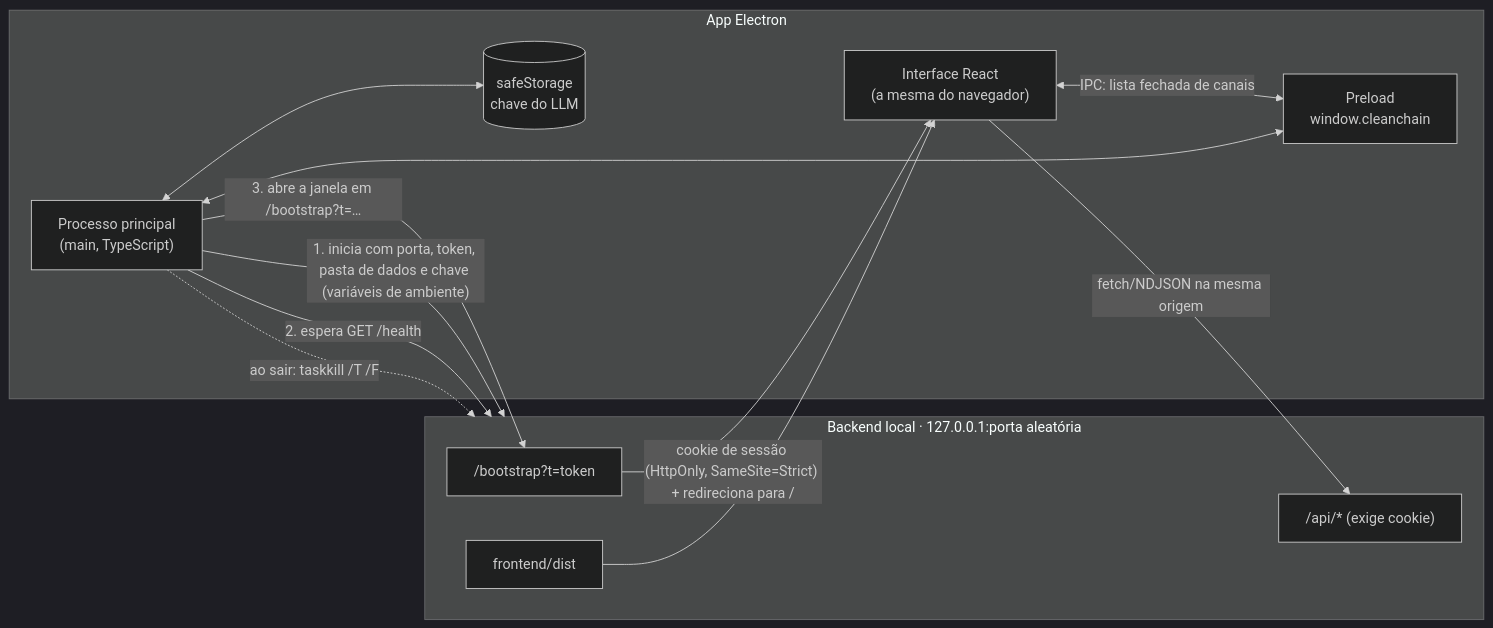
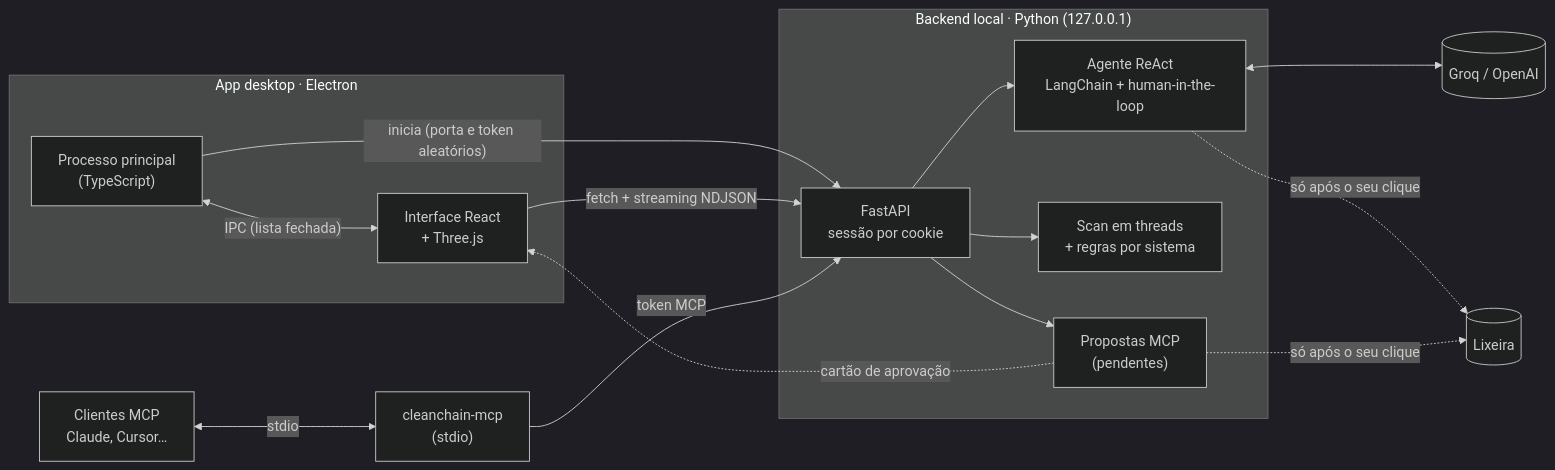
One commit to GuiMRDS/CleanChain changed the second of 2 diagrams in README.md. Above: the diagram before and after it, drawn with Mermaid (dark theme). The commit also changed other lines of this file and 2 other files, not shown here.

````diff
--- a/README.md
+++ b/README.md
@@ -298,24 +304,27 @@
 ```mermaid
 flowchart LR
-    subgraph Electron["App Electron"]
-        MAIN["Processo principal<br/>(main, TypeScript)"]
-        PRE["Preload<br/>window.cleanchain"]
-        UI2["Interface React<br/>(a mesma do navegador)"]
-        SAFE[("safeStorage<br/>chave do LLM")]
+    subgraph App["App desktop · Electron"]
+        MAIN["Processo principal<br/>(TypeScript)"]
+        UI["Interface React<br/>+ Three.js"]
+        MAIN <-- "IPC (lista fechada)" --> UI
     end
-    subgraph Local["Backend local · 127.0.0.1:porta aleatória"]
-        BOOT["/bootstrap?t=token"]
-        API2["/api/* (exige cookie)"]
-        DIST["frontend/dist"]
+    subgraph Local["Backend local · Python (127.0.0.1)"]
+        API["FastAPI<br/>sessão por cookie"]
+        AG["Agente ReAct<br/>LangChain + human-in-the-loop"]
+        SCAN["Scan em threads<br/>+ regras por sistema"]
+        PROP["Propostas MCP<br/>(pendentes)"]
     end
+    LLM[("Groq / OpenAI")]
+    CLI["Clientes MCP<br/>Claude, Cursor…"]
+    MCP["cleanchain-mcp<br/>(stdio)"]
+    LIX[("Lixeira")]
 
-    MAIN -- "1. inicia com porta, token, pasta de dados e chave (variáveis de ambiente)" --> Local
-    MAIN -- "2. espera GET /health" --> Local
-    MAIN -- "3. abre a janela em /bootstrap?t=…" --> BOOT
-    BOOT -- "cookie de sessão (HttpOnly, SameSite=Strict) + redireciona para /" --> UI2
-    UI2 -- "fetch/NDJSON na mesma origem" --> API2
-    DIST --> UI2
-    UI2 <-- "IPC: lista fechada de canais" --> PRE <--> MAIN
-    MAIN <--> SAFE
-    MAIN -. "ao sair: taskkill /T /F" .-> Local
+    MAIN -- "inicia (porta e token aleatórios)" --> API
+    UI -- "fetch + streaming NDJSON" --> API
+    API --> AG & SCAN
+    AG <--> LLM
+    CLI <-- stdio --> MCP -- "token MCP" --> API --> PROP
+    PROP -. "cartão de aprovação" .-> UI
+    AG -. "só após o seu clique" .-> LIX
+    PROP -. "só após o seu clique" .-> LIX
 ```
````
